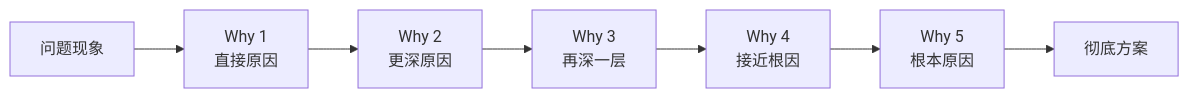
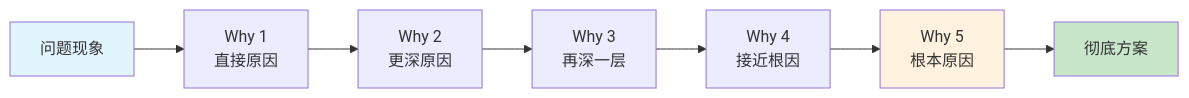
Before and after one commit to chongyang211/YCBookBlog: the second of 5 diagrams in packages/website/11.书籍/05.自我精进·成事/21.五问根因分析法.md, drawn with Mermaid. The commit also changed other lines of this file and 4 other files, not shown here.

````diff
--- a/packages/website/11.书籍/05.自我精进·成事/21.五问根因分析法.md
+++ b/packages/website/11.书籍/05.自我精进·成事/21.五问根因分析法.md
@@ -71,9 +70,12 @@
 ```mermaid
 graph LR
     P[问题现象] --> W1[Why 1<br/>直接原因]
     W1 --> W2[Why 2<br/>更深原因]
     W2 --> W3[Why 3<br/>再深一层]
     W3 --> W4[Why 4<br/>接近根因]
     W4 --> W5[Why 5<br/>根本原因]
     W5 --> S[彻底方案]
+    style P fill:#e1f5fe
+    style W5 fill:#fff3e0
+    style S fill:#c8e6c9
 ```
````
